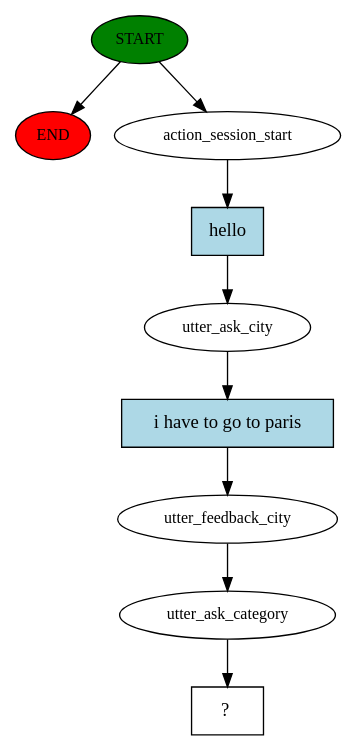
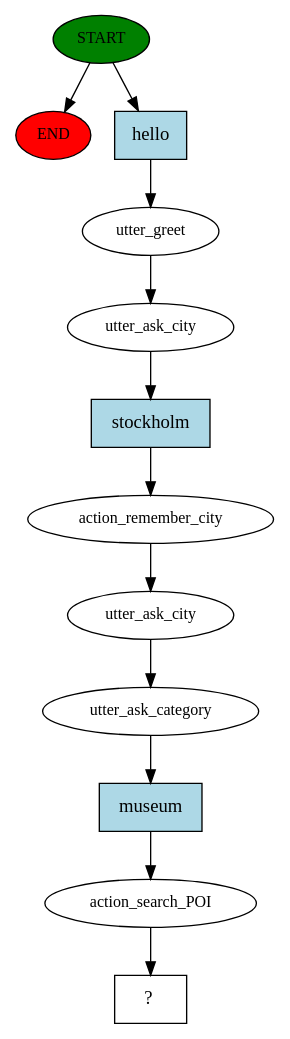
The diagram in story_graph.dot (paolocalderaro/DT2151_TravelBot_project), drawn with Graphviz before and after one commit. The commit also changed 13 other files, not shown here.

```diff
--- a/story_graph.dot
+++ b/story_graph.dot
@@ -1,19 +1,25 @@
 digraph  {
 0 [class="start active", fillcolor=green, fontsize=12, label=START, style=filled];
 "-1" [class=end, fillcolor=red, fontsize=12, label=END, style=filled];
-1 [class=active, fontsize=12, label=action_session_start];
+1 [class=active, fontsize=12, label=utter_greet];
 2 [class=active, fontsize=12, label=utter_ask_city];
-3 [class=active, fontsize=12, label=utter_feedback_city];
-4 [class=active, fontsize=12, label=utter_ask_category];
-5 [class="intent dashed active", label="  ?  ", shape=rect];
-6 [class="intent active", fillcolor=lightblue, label=hello, shape=rect, style=filled];
-7 [class="intent active", fillcolor=lightblue, label="i have to go to paris", shape=rect, style=filled];
+3 [class=active, fontsize=12, label=action_remember_city];
+4 [class=active, fontsize=12, label=utter_ask_city];
+5 [class=active, fontsize=12, label=utter_ask_category];
+6 [class=active, fontsize=12, label=action_search_POI];
+7 [class="intent dashed active", label="  ?  ", shape=rect];
+8 [class="intent active", fillcolor=lightblue, label=hello, shape=rect, style=filled];
+9 [class="intent active", fillcolor=lightblue, label=stockholm, shape=rect, style=filled];
+10 [class="intent active", fillcolor=lightblue, label=museum, shape=rect, style=filled];
 0 -> "-1"  [class="", key=NONE, label=""];
-0 -> 1  [class=active, key=NONE, label=""];
-1 -> 6  [class=active, key=0];
-2 -> 7  [class=active, key=0];
+0 -> 8  [class=active, key=0];
+1 -> 2  [class=active, key=NONE, label=""];
+2 -> 9  [class=active, key=0];
 3 -> 4  [class=active, key=NONE, label=""];
 4 -> 5  [class=active, key=NONE, label=""];
-6 -> 2  [class=active, key=0];
-7 -> 3  [class=active, key=0];
+5 -> 10  [class=active, key=0];
+6 -> 7  [class=active, key=NONE, label=""];
+8 -> 1  [class=active, key=0];
+9 -> 3  [class=active, key=0];
+10 -> 6  [class=active, key=0];
 }
```
